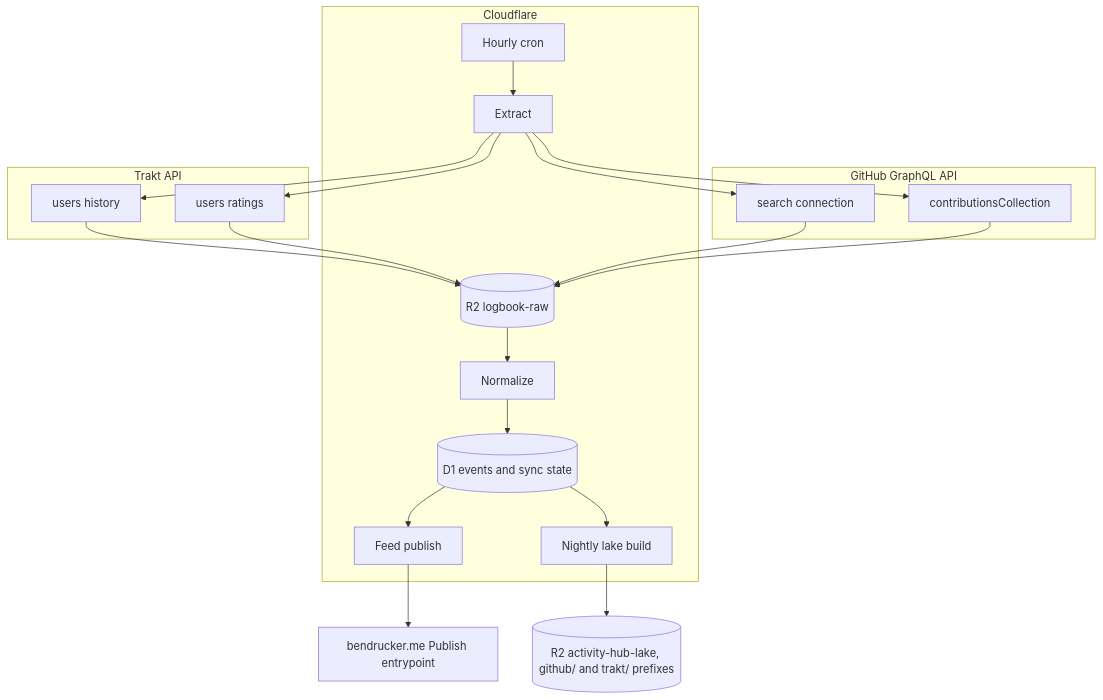
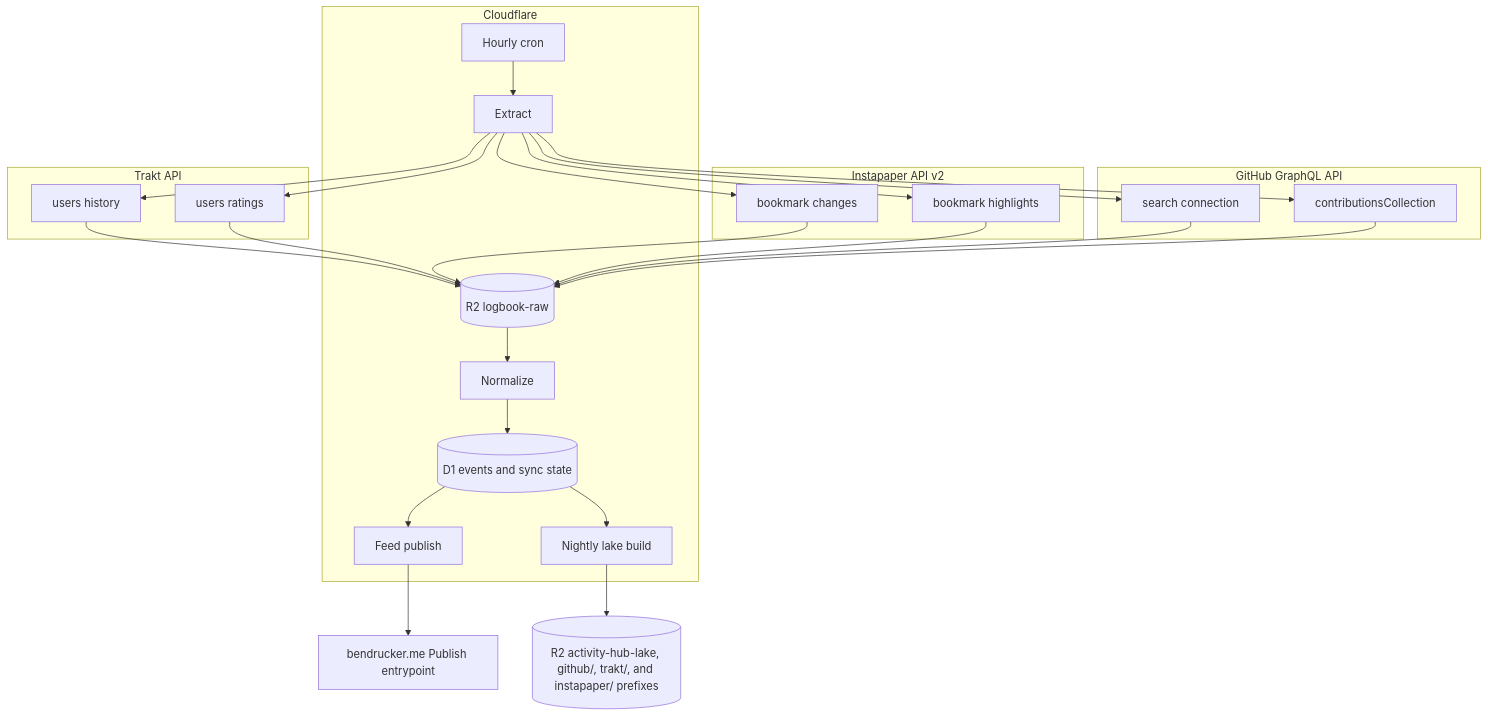
Before and after one commit to bendrucker/logbook: the diagram in docs/design.md, drawn with Mermaid. The commit also changed other lines of this file and 44 other files, not shown here.

````diff
--- a/docs/design.md
+++ b/docs/design.md
@@ -27,38 +27,47 @@
 ```mermaid
 flowchart TB
     subgraph gh [GitHub GraphQL API]
         search[search connection]
         contrib[contributionsCollection]
     end
 
     subgraph trakt [Trakt API]
         history[users history]
         ratings[users ratings]
     end
 
+    subgraph ip [Instapaper API v2]
+        bookmarks[bookmark changes]
+        highlights[bookmark highlights]
+    end
+
     subgraph cf [Cloudflare]
         cron[Hourly cron]
         extract[Extract]
         normalize[Normalize]
         raw[(R2 logbook-raw)]
         d1[(D1 events and sync state)]
         feed[Feed publish]
         lakebuild[Nightly lake build]
     end
 
-    lake[(R2 activity-hub-lake, github/ and trakt/ prefixes)]
+    lake[(R2 activity-hub-lake, github/, trakt/, and instapaper/ prefixes)]
     site[bendrucker.me Publish entrypoint]
 
     cron --> extract
     extract --> search
     extract --> contrib
     extract --> history
     extract --> ratings
     history --> raw
     ratings --> raw
+    extract --> bookmarks
+    extract --> highlights
+    bookmarks --> raw
+    highlights --> raw
     search --> raw
     contrib --> raw
     raw --> normalize --> d1
     d1 --> feed --> site
     d1 --> lakebuild --> lake
 ```
````
